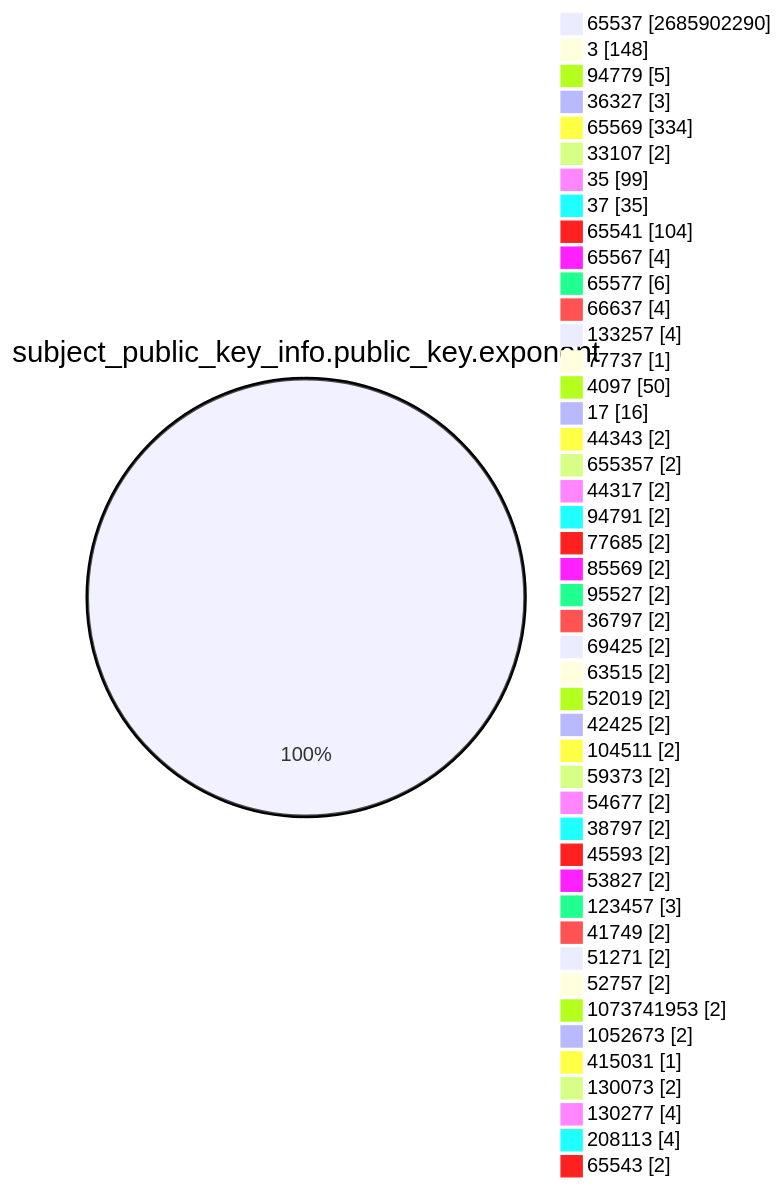
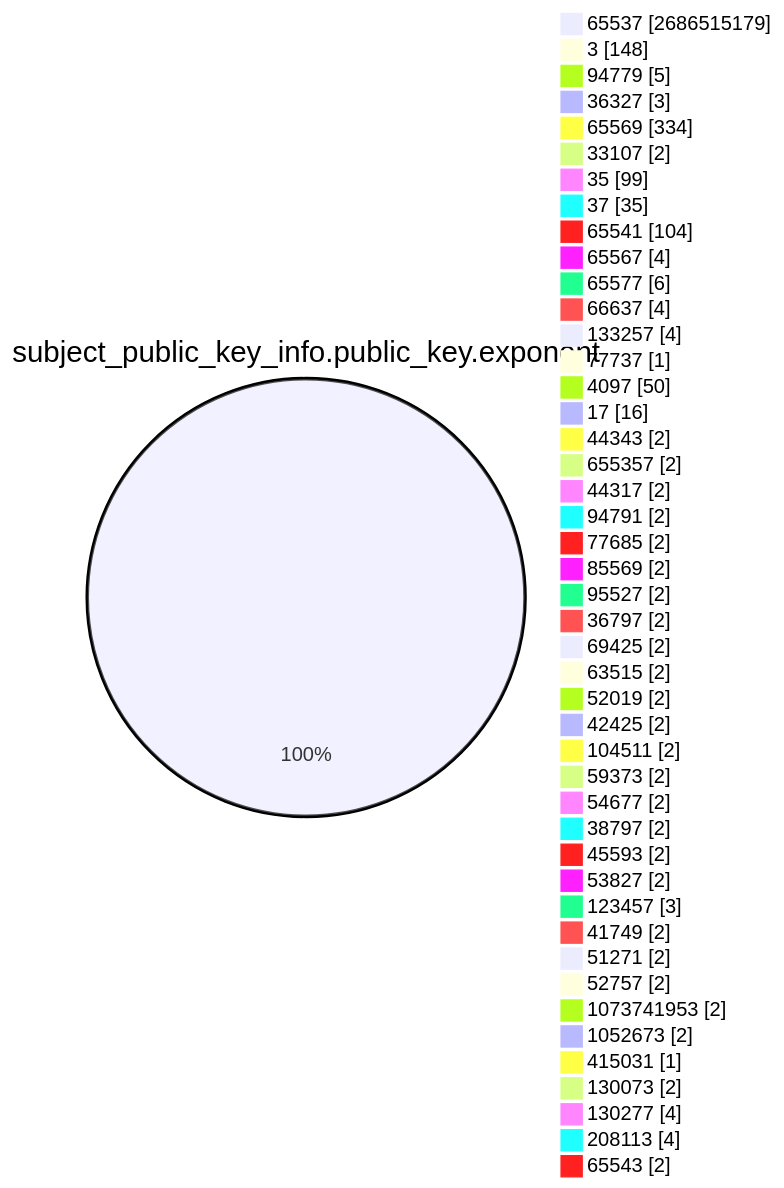
Before and after one commit to christiankrug/ctmonitor_visualization: the fourth of 15 diagrams in TOTAL/README.md, drawn with Mermaid. The commit also changed other lines of this file, not shown here.

````diff
--- a/TOTAL/README.md
+++ b/TOTAL/README.md
@@ -1466,49 +1466,49 @@
 ```mermaid
 pie showData
 title subject_public_key_info.public_key.exponent
-"65537" :2685902290
+"65537" :2686515179
 "3" :148
 "94779" :5
 "36327" :3
 "65569" :334
 "33107" :2
 "35" :99
 "37" :35
 "65541" :104
 "65567" :4
 "65577" :6
 "66637" :4
 "133257" :4
 "77737" :1
 "4097" :50
 "17" :16
 "44343" :2
 "655357" :2
 "44317" :2
 "94791" :2
 "77685" :2
 "85569" :2
 "95527" :2
 "36797" :2
 "69425" :2
 "63515" :2
 "52019" :2
 "42425" :2
 "104511" :2
 "59373" :2
 "54677" :2
 "38797" :2
 "45593" :2
 "53827" :2
 "123457" :3
 "41749" :2
 "51271" :2
 "52757" :2
 "1073741953" :2
 "1052673" :2
 "415031" :1
 "130073" :2
 "130277" :4
 "208113" :4
 "65543" :2
 ```
````
